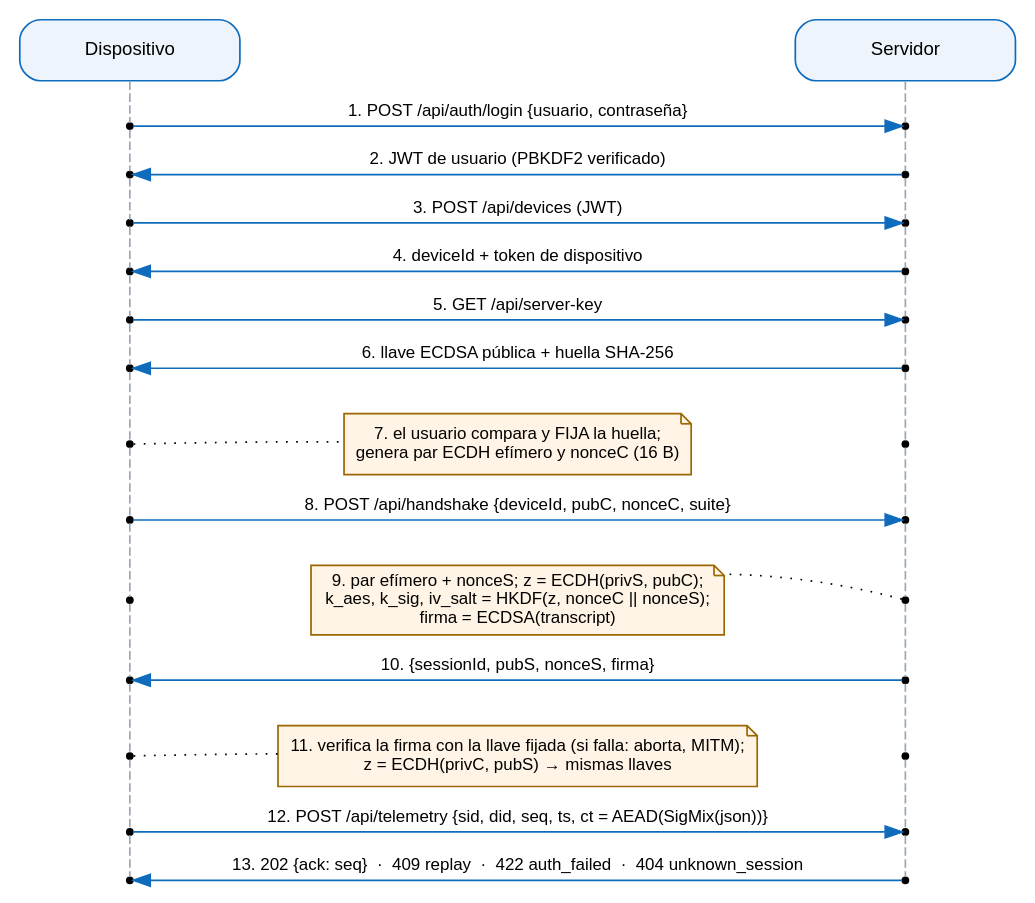
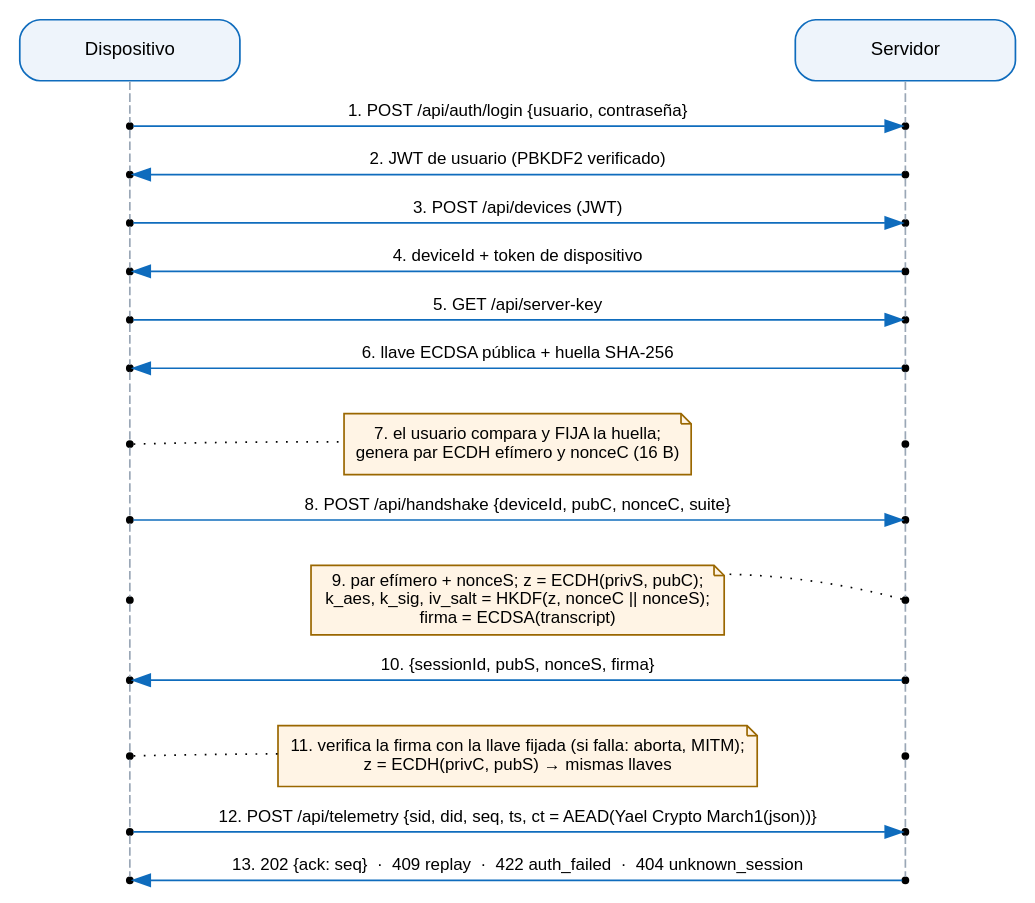
Before and after one commit to yaelrdf/Virologia_Criptografia_UPIICSA: the diagram in Examen_SignalTrace/docs/diagramas/02_secuencia_handshake.dot, drawn with Graphviz. The commit also changed 76 other files, not shown here.

Commit message:
SignalTrace docs: capítulos, diagramas y capturas para el banco de sensores, YCM1, usuarios y QR; historial con z-scores y carga ordenada

```diff
--- a/Examen_SignalTrace/docs/diagramas/02_secuencia_handshake.dot
+++ b/Examen_SignalTrace/docs/diagramas/02_secuencia_handshake.dot
@@ -1,49 +1,49 @@
 digraph G { fontname="Arial"; node [fontname="Arial", fontsize=11]; edge [fontname="Arial", fontsize=10];
 rankdir=TB; nodesep=0.6; ranksep=0.32; splines=false;
 hd [label="Dispositivo", shape=box, style="rounded,filled", fillcolor="#EEF4FB", color="#0F6CBD", width=1.8, group=D];
 hs [label="Servidor", shape=box, style="rounded,filled", fillcolor="#EEF4FB", color="#0F6CBD", width=1.8, group=S];
 {rank=same; hd; hs;}
 d0 [shape=point, width=0.05, group=D]; s0 [shape=point, width=0.05, group=S]; {rank=same; d0; s0;}
 hd -> d0 [arrowhead=none, style=dashed, color="#9AA7B6"]; hs -> s0 [arrowhead=none, style=dashed, color="#9AA7B6"];
 d0 -> s0 [label="1. POST /api/auth/login {usuario, contraseña}", constraint=false, color="#0F6CBD"];
 d1 [shape=point, width=0.05, group=D]; s1 [shape=point, width=0.05, group=S]; {rank=same; d1; s1;}
 d0 -> d1 [arrowhead=none, style=dashed, color="#9AA7B6"]; s0 -> s1 [arrowhead=none, style=dashed, color="#9AA7B6"];
 s1 -> d1 [label="2. JWT de usuario (PBKDF2 verificado)", constraint=false, color="#0F6CBD"];
 d2 [shape=point, width=0.05, group=D]; s2 [shape=point, width=0.05, group=S]; {rank=same; d2; s2;}
 d1 -> d2 [arrowhead=none, style=dashed, color="#9AA7B6"]; s1 -> s2 [arrowhead=none, style=dashed, color="#9AA7B6"];
 d2 -> s2 [label="3. POST /api/devices (JWT) ", constraint=false, color="#0F6CBD"];
 d3 [shape=point, width=0.05, group=D]; s3 [shape=point, width=0.05, group=S]; {rank=same; d3; s3;}
 d2 -> d3 [arrowhead=none, style=dashed, color="#9AA7B6"]; s2 -> s3 [arrowhead=none, style=dashed, color="#9AA7B6"];
 s3 -> d3 [label="4. deviceId + token de dispositivo", constraint=false, color="#0F6CBD"];
 d4 [shape=point, width=0.05, group=D]; s4 [shape=point, width=0.05, group=S]; {rank=same; d4; s4;}
 d3 -> d4 [arrowhead=none, style=dashed, color="#9AA7B6"]; s3 -> s4 [arrowhead=none, style=dashed, color="#9AA7B6"];
 d4 -> s4 [label="5. GET /api/server-key", constraint=false, color="#0F6CBD"];
 d5 [shape=point, width=0.05, group=D]; s5 [shape=point, width=0.05, group=S]; {rank=same; d5; s5;}
 d4 -> d5 [arrowhead=none, style=dashed, color="#9AA7B6"]; s4 -> s5 [arrowhead=none, style=dashed, color="#9AA7B6"];
 s5 -> d5 [label="6. llave ECDSA pública + huella SHA-256", constraint=false, color="#0F6CBD"];
 d6 [shape=point, width=0.05, group=D]; s6 [shape=point, width=0.05, group=S]; {rank=same; d6; s6;}
 d5 -> d6 [arrowhead=none, style=dashed, color="#9AA7B6"]; s5 -> s6 [arrowhead=none, style=dashed, color="#9AA7B6"];
 n6 [shape=note, style=filled, fillcolor="#FFF4E5", color="#9A6700", fontsize=10, label="7. el usuario compara y FIJA la huella;
 genera par ECDH efímero y nonceC (16 B)"]; {rank=same; d6; n6; s6;} d6 -> n6 [style=invis]; n6 -> s6 [style=invis]; d6 -> n6 [style=dotted, arrowhead=none, constraint=false];
 d7 [shape=point, width=0.05, group=D]; s7 [shape=point, width=0.05, group=S]; {rank=same; d7; s7;}
 d6 -> d7 [arrowhead=none, style=dashed, color="#9AA7B6"]; s6 -> s7 [arrowhead=none, style=dashed, color="#9AA7B6"];
 d7 -> s7 [label="8. POST /api/handshake {deviceId, pubC, nonceC, suite}", constraint=false, color="#0F6CBD"];
 d8 [shape=point, width=0.05, group=D]; s8 [shape=point, width=0.05, group=S]; {rank=same; d8; s8;}
 d7 -> d8 [arrowhead=none, style=dashed, color="#9AA7B6"]; s7 -> s8 [arrowhead=none, style=dashed, color="#9AA7B6"];
 n8 [shape=note, style=filled, fillcolor="#FFF4E5", color="#9A6700", fontsize=10, label="9. par efímero + nonceS; z = ECDH(privS, pubC);
 k_aes, k_sig, iv_salt = HKDF(z, nonceC || nonceS);
 firma = ECDSA(transcript)"]; {rank=same; d8; n8; s8;} d8 -> n8 [style=invis]; n8 -> s8 [style=invis]; s8 -> n8 [style=dotted, arrowhead=none, constraint=false];
 d9 [shape=point, width=0.05, group=D]; s9 [shape=point, width=0.05, group=S]; {rank=same; d9; s9;}
 d8 -> d9 [arrowhead=none, style=dashed, color="#9AA7B6"]; s8 -> s9 [arrowhead=none, style=dashed, color="#9AA7B6"];
 s9 -> d9 [label="10. {sessionId, pubS, nonceS, firma}", constraint=false, color="#0F6CBD"];
 d10 [shape=point, width=0.05, group=D]; s10 [shape=point, width=0.05, group=S]; {rank=same; d10; s10;}
 d9 -> d10 [arrowhead=none, style=dashed, color="#9AA7B6"]; s9 -> s10 [arrowhead=none, style=dashed, color="#9AA7B6"];
 n10 [shape=note, style=filled, fillcolor="#FFF4E5", color="#9A6700", fontsize=10, label="11. verifica la firma con la llave fijada (si falla: aborta, MITM);
 z = ECDH(privC, pubS) → mismas llaves"]; {rank=same; d10; n10; s10;} d10 -> n10 [style=invis]; n10 -> s10 [style=invis]; d10 -> n10 [style=dotted, arrowhead=none, constraint=false];
 d11 [shape=point, width=0.05, group=D]; s11 [shape=point, width=0.05, group=S]; {rank=same; d11; s11;}
 d10 -> d11 [arrowhead=none, style=dashed, color="#9AA7B6"]; s10 -> s11 [arrowhead=none, style=dashed, color="#9AA7B6"];
-d11 -> s11 [label="12. POST /api/telemetry {sid, did, seq, ts, ct = AEAD(SigMix(json))}", constraint=false, color="#0F6CBD"];
+d11 -> s11 [label="12. POST /api/telemetry {sid, did, seq, ts, ct = AEAD(Yael Crypto March1(json))}", constraint=false, color="#0F6CBD"];
 d12 [shape=point, width=0.05, group=D]; s12 [shape=point, width=0.05, group=S]; {rank=same; d12; s12;}
 d11 -> d12 [arrowhead=none, style=dashed, color="#9AA7B6"]; s11 -> s12 [arrowhead=none, style=dashed, color="#9AA7B6"];
 s12 -> d12 [label="13. 202 {ack: seq}  ·  409 replay  ·  422 auth_failed  ·  404 unknown_session", constraint=false, color="#0F6CBD"];
 }
```
